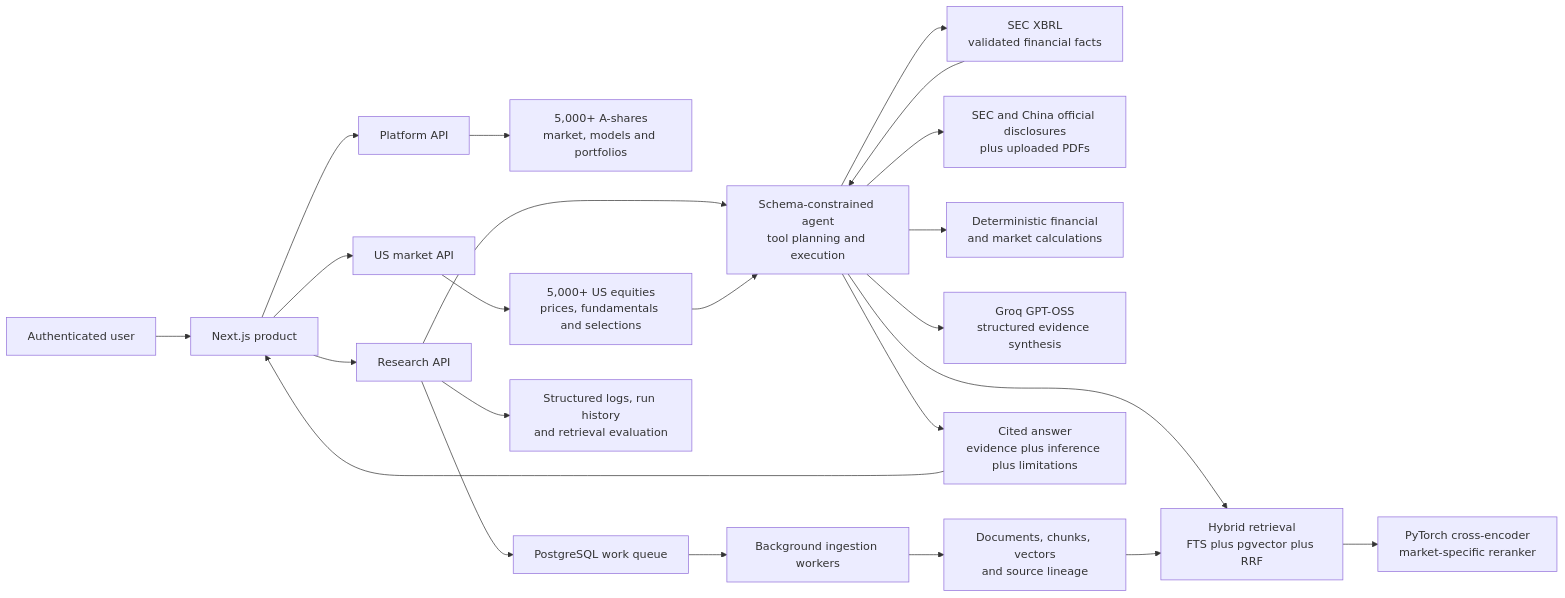
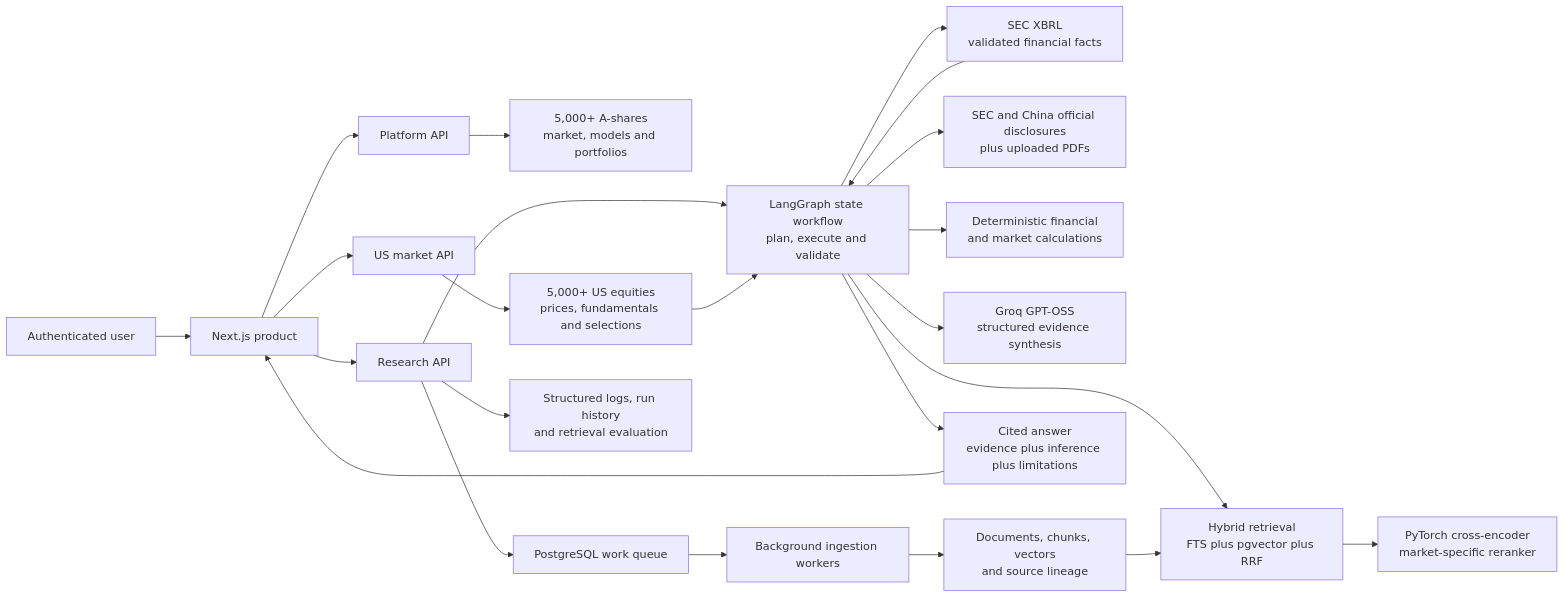
One commit to thisiscatcode/aistockcn changed the diagram in README.md. Above: the diagram before and after it, drawn with Mermaid. The commit also changed other lines of this file and 17 other files, not shown here.

````diff
--- a/README.md
+++ b/README.md
@@ -117,30 +118,30 @@
 ```mermaid
 flowchart LR
     U["Authenticated user"] --> W["Next.js product"]
 
     W --> C["Platform API"]
     W --> M["US market API"]
     W --> R["Research API"]
 
     C --> CN["5,000+ A-shares<br/>market, models and portfolios"]
     M --> US["5,000+ US equities<br/>prices, fundamentals and selections"]
 
-    R --> P["Schema-constrained agent<br/>tool planning and execution"]
+    R --> P["LangGraph state workflow<br/>plan, execute and validate"]
     P --> X["SEC XBRL<br/>validated financial facts"]
     P --> S["SEC and China official disclosures<br/>plus uploaded PDFs"]
     P --> D["Deterministic financial<br/>and market calculations"]
     P --> H["Hybrid retrieval<br/>FTS plus pgvector plus RRF"]
     H --> RR["PyTorch cross-encoder<br/>market-specific reranker"]
     P --> L["Groq GPT-OSS<br/>structured evidence synthesis"]
 
     R --> Q["PostgreSQL work queue"]
     Q --> K["Background ingestion workers"]
     K --> V["Documents, chunks, vectors<br/>and source lineage"]
     V --> H
 
     R --> O["Structured logs, run history<br/>and retrieval evaluation"]
     X --> P
     US --> P
     P --> A["Cited answer<br/>evidence plus inference plus limitations"]
     A --> W
 ```
````
